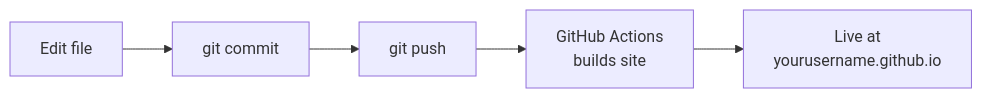
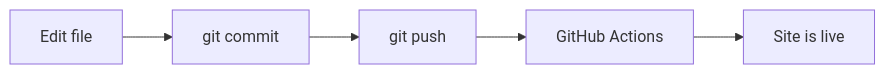
The diagram in index.qmd (FeLoe/workshop-slides), drawn with Mermaid before and after one commit.

Commit message:
Fix mermaid node labels overflowing — remove line breaks

````diff
--- a/index.qmd
+++ b/index.qmd
@@ -328,7 +328,7 @@
 ```{mermaid}
 flowchart LR
   A[Edit file] --> B[git commit]
   B --> C[git push]
-  C --> D[GitHub Actions\nbuilds site]
-  D --> E[Live at\nyourusername.github.io]
+  C --> D[GitHub Actions]
+  D --> E[Site is live]
 ```
````
